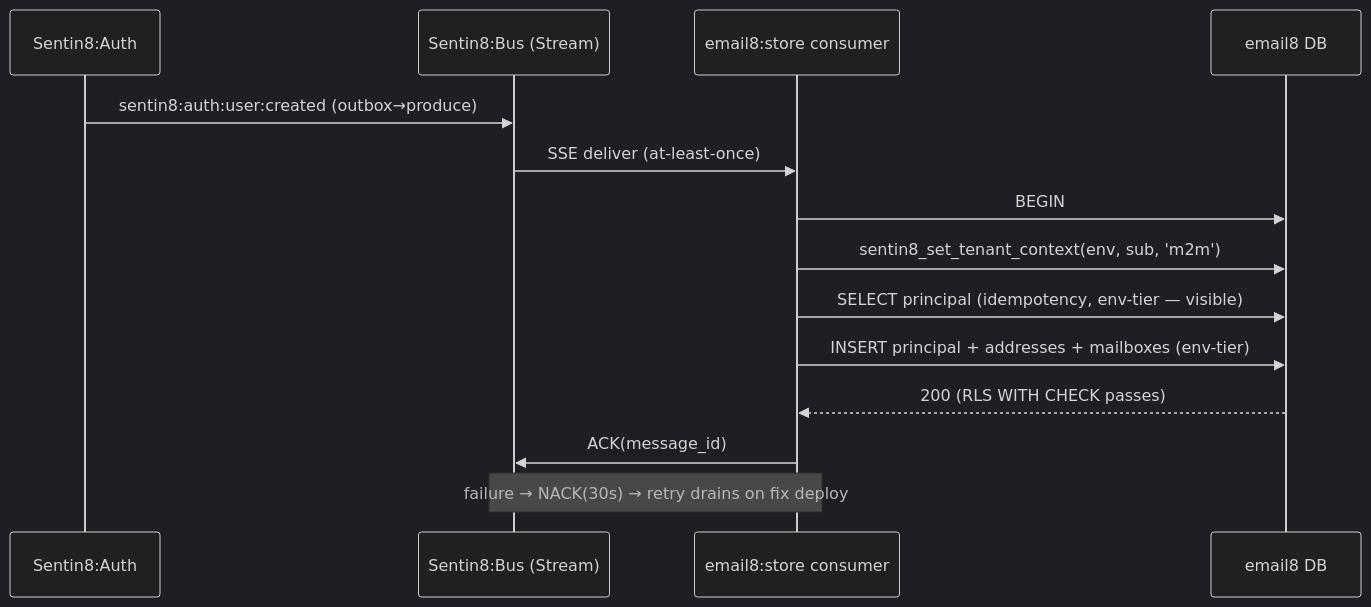
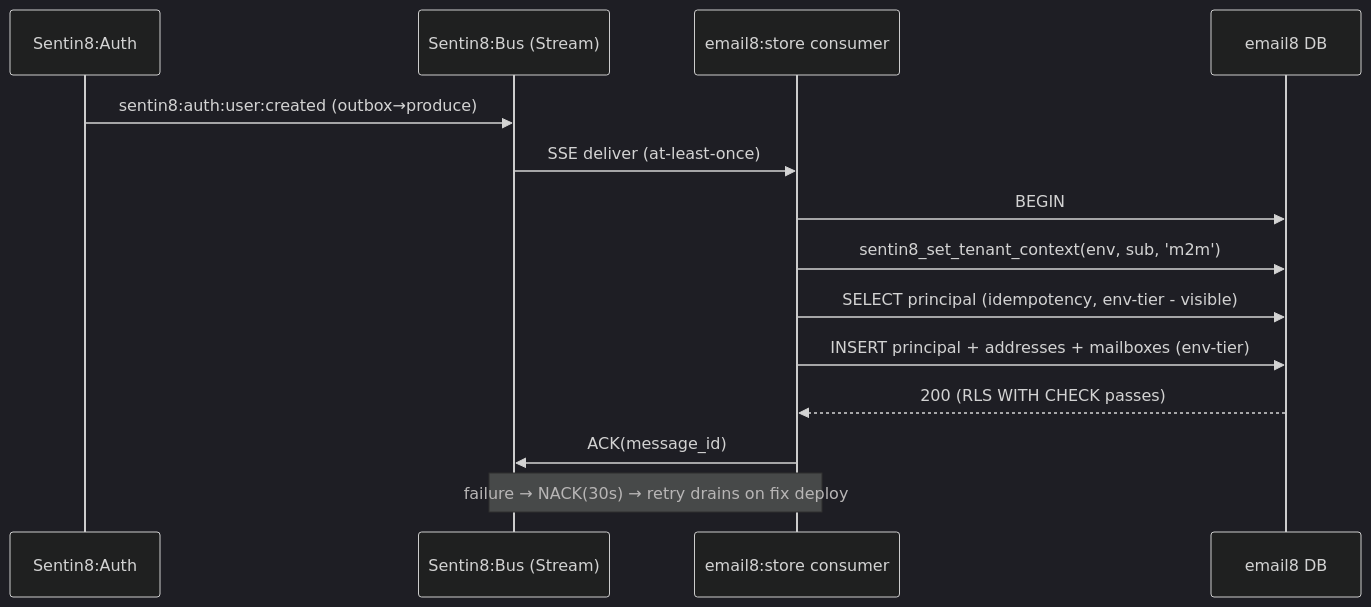
One commit to Sentin8/verticals changed the first of 2 diagrams in design/sentin8-provisioned-rls-and-telemetry-design.md. Above: the diagram before and after it, drawn with Mermaid (dark theme). The commit also changed other lines of this file and 9 other files, not shown here.

````diff
--- a/design/sentin8-provisioned-rls-and-telemetry-design.md
+++ b/design/sentin8-provisioned-rls-and-telemetry-design.md
@@ -170,16 +170,16 @@
 ```mermaid
 sequenceDiagram
     participant Auth as Sentin8:Auth
     participant Bus as Sentin8:Bus (Stream)
     participant Store as email8:store consumer
     participant PG as email8 DB
     Auth->>Bus: sentin8:auth:user:created (outbox→produce)
     Bus->>Store: SSE deliver (at-least-once)
     Store->>PG: BEGIN
     Store->>PG: sentin8_set_tenant_context(env, sub, 'm2m')
-    Store->>PG: SELECT principal (idempotency, env-tier — visible)
+    Store->>PG: SELECT principal (idempotency, env-tier - visible)
     Store->>PG: INSERT principal + addresses + mailboxes (env-tier)
     PG-->>Store: 200 (RLS WITH CHECK passes)
     Store->>Bus: ACK(message_id)
     Note over Store,Bus: failure → NACK(30s) → retry drains on fix deploy
 ```
````
